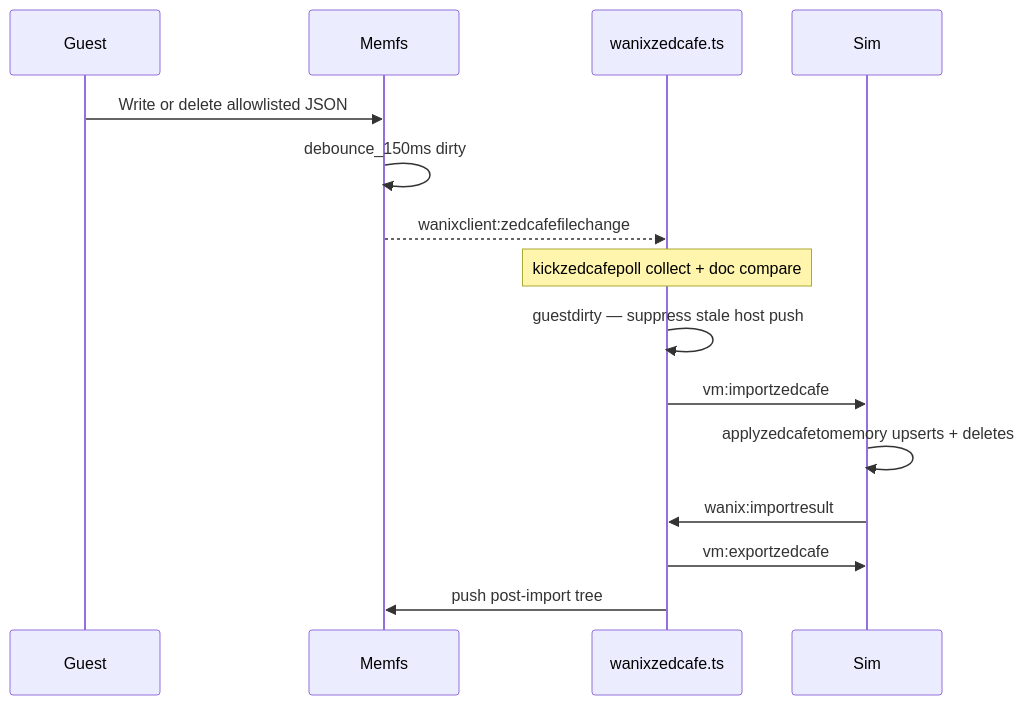
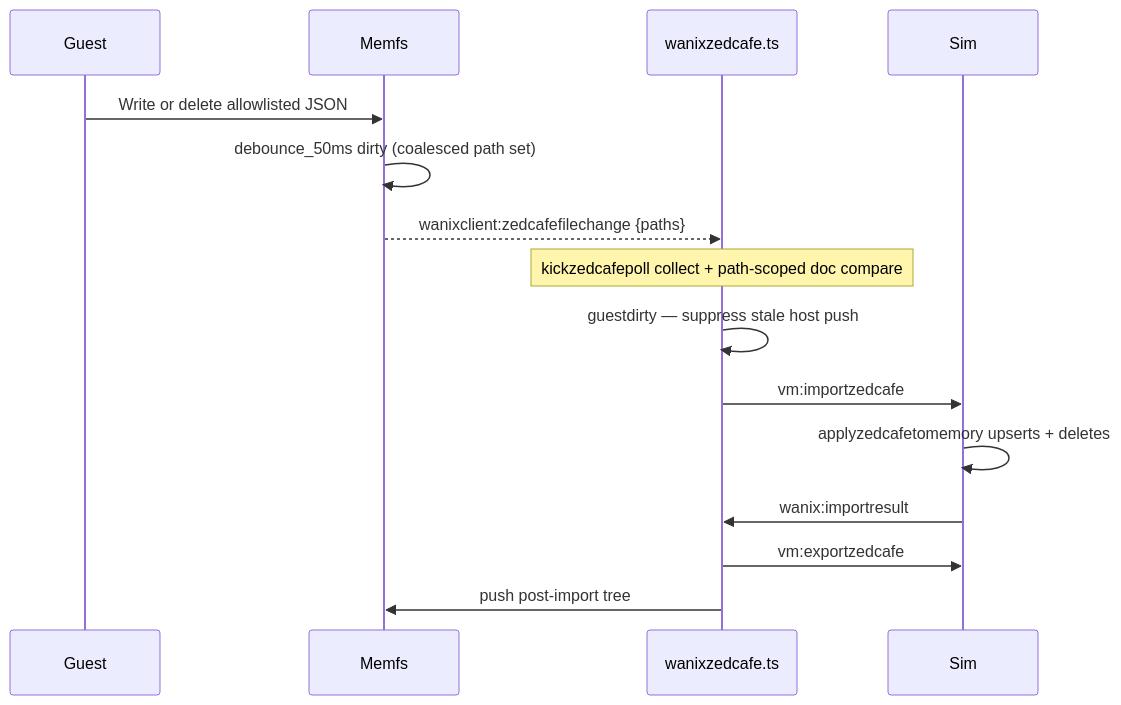
Before and after one commit to goldbuick/zed-software-system: the fourth of 9 diagrams in zss/feature/wanix/README.md, drawn with Mermaid. The commit also changed other lines of this file and 54 other files, not shown here.

````diff
--- a/zss/feature/wanix/README.md
+++ b/zss/feature/wanix/README.md
@@ -233,18 +233,18 @@
 ```mermaid
 sequenceDiagram
   participant Guest
   participant Memfs
   participant Parent as wanixzedcafe.ts
   participant Sim
 
   Guest->>Memfs: Write or delete allowlisted JSON
-  Memfs->>Memfs: debounce_150ms dirty
-  Memfs-->>Parent: wanixclient:zedcafefilechange
-  Note over Parent: kickzedcafepoll collect + doc compare
+  Memfs->>Memfs: debounce_50ms dirty (coalesced path set)
+  Memfs-->>Parent: wanixclient:zedcafefilechange {paths}
+  Note over Parent: kickzedcafepoll collect + path-scoped doc compare
   Parent->>Parent: guestdirty — suppress stale host push
   Parent->>Sim: vm:importzedcafe
   Sim->>Sim: applyzedcafetomemory upserts + deletes
   Sim->>Parent: wanix:importresult
   Parent->>Sim: vm:exportzedcafe
   Parent->>Memfs: push post-import tree
 ```
````
